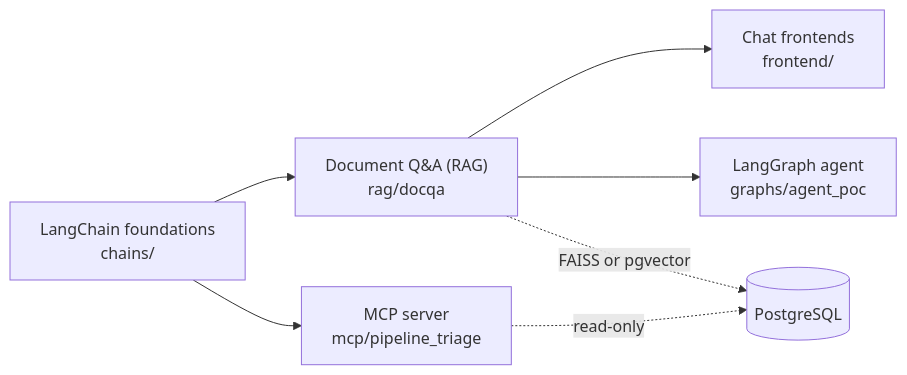
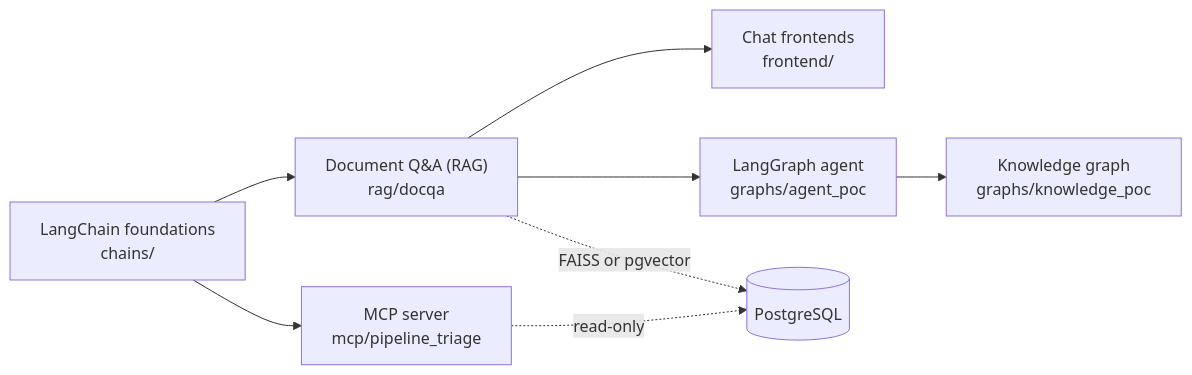
The diagram in README.md (eresh-thekbr/agent-forge), drawn with Mermaid before and after one commit. The commit also changed other lines of this file and 7 other files, not shown here.

Commit message:
Add knowledge graph POC queried by a LangGraph workflow (#5)

````diff
--- a/README.md
+++ b/README.md
@@ -25,9 +26,10 @@
 ```mermaid
 flowchart LR
     A["LangChain foundations<br/>chains/"] --> B["Document Q&A (RAG)<br/>rag/docqa"]
     B --> C["Chat frontends<br/>frontend/"]
     B --> D["LangGraph agent<br/>graphs/agent_poc"]
+    D --> F["Knowledge graph<br/>graphs/knowledge_poc"]
     A --> E["MCP server<br/>mcp/pipeline_triage"]
     B -. "FAISS or pgvector" .-> P[(PostgreSQL)]
     E -. "read-only" .-> P
 ```
````
